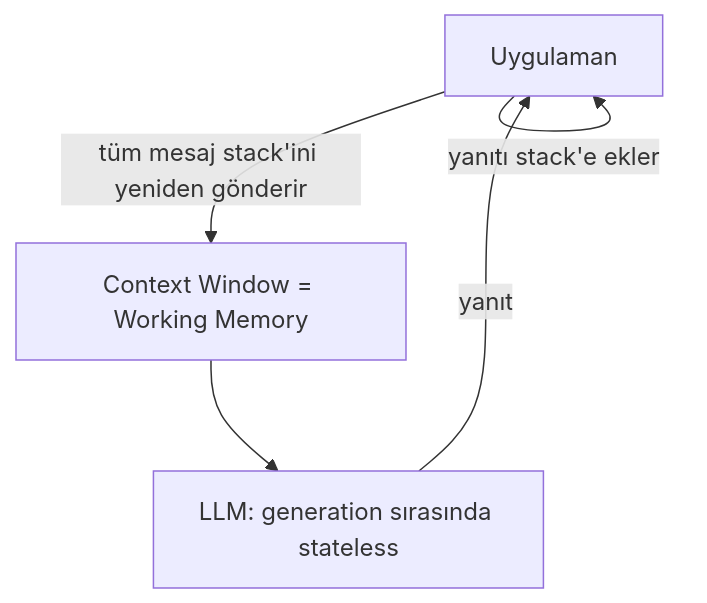
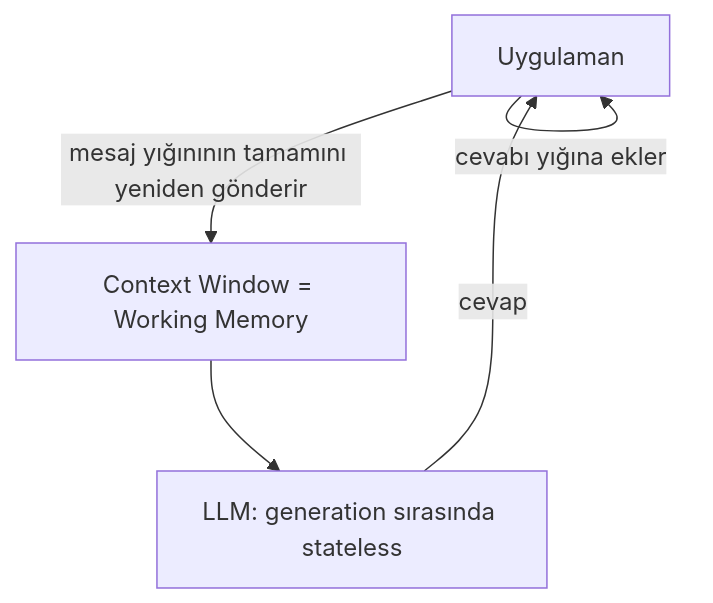
One commit to lokumai/ai-engineering-bazaar changed the first of 2 diagrams in mini-courses/1_fundamentals/5_memory_tr.md. Above: the diagram before and after it, drawn with Mermaid. The commit also changed other lines of this file and 1 other file, not shown here.

First line of the commit message:
docs(module 5): show the message stack as a figure, and finish the Turkish

````diff
--- a/mini-courses/1_fundamentals/5_memory_tr.md
+++ b/mini-courses/1_fundamentals/5_memory_tr.md
@@ -75,7 +105,7 @@
 ```mermaid
 graph TD
-    A[Uygulaman] -->|tüm mesaj stack'ini yeniden gönderir| B[Context Window = Working Memory]
+    A[Uygulaman] -->|mesaj yığınının tamamını yeniden gönderir| B[Context Window = Working Memory]
     B --> C[LLM: generation sırasında stateless]
-    C -->|yanıt| A
-    A -->|yanıtı stack'e ekler| A
+    C -->|cevap| A
+    A -->|cevabı yığına ekler| A
 ```
````
